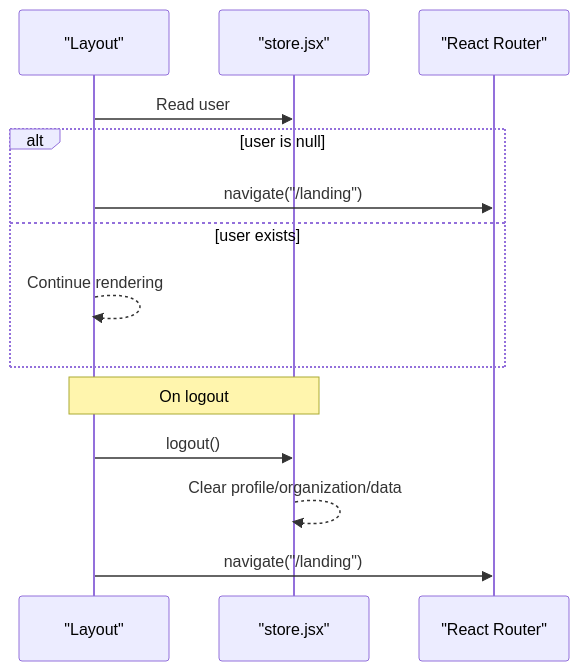
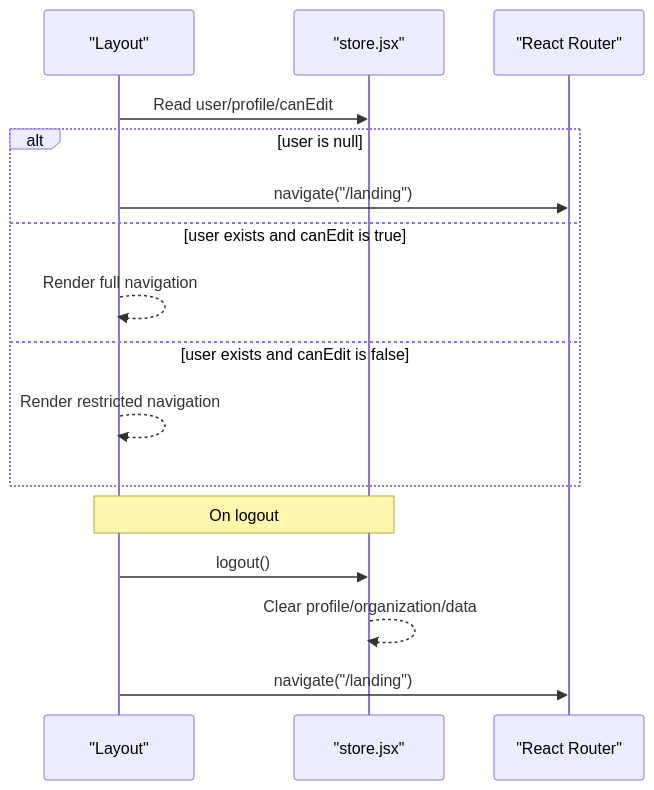
Before and after one commit to netdaniel/serveflow: the fourth of 5 diagrams in .qoder/repowiki/en/content/Component Architecture/Layout System.md, drawn with Mermaid. The commit also changed other lines of this file and 15 other files, not shown here.

````diff
--- a/.qoder/repowiki/en/content/Component Architecture/Layout System.md
+++ b/.qoder/repowiki/en/content/Component Architecture/Layout System.md
@@ -214,16 +253,18 @@
 ```mermaid
 sequenceDiagram
 participant Comp as "Layout"
 participant Store as "store.jsx"
 participant Router as "React Router"
-Comp->>Store : Read user
+Comp->>Store : Read user/profile/canEdit
 alt user is null
 Comp->>Router : navigate("/landing")
-else user exists
-Comp-->>Comp : Continue rendering
+else user exists and canEdit is true
+Comp-->>Comp : Render full navigation
+else user exists and canEdit is false
+Comp-->>Comp : Render restricted navigation
 end
 Note over Comp,Store : On logout
 Comp->>Store : logout()
 Store-->>Store : Clear profile/organization/data
 Comp->>Router : navigate("/landing")
 ```
````
